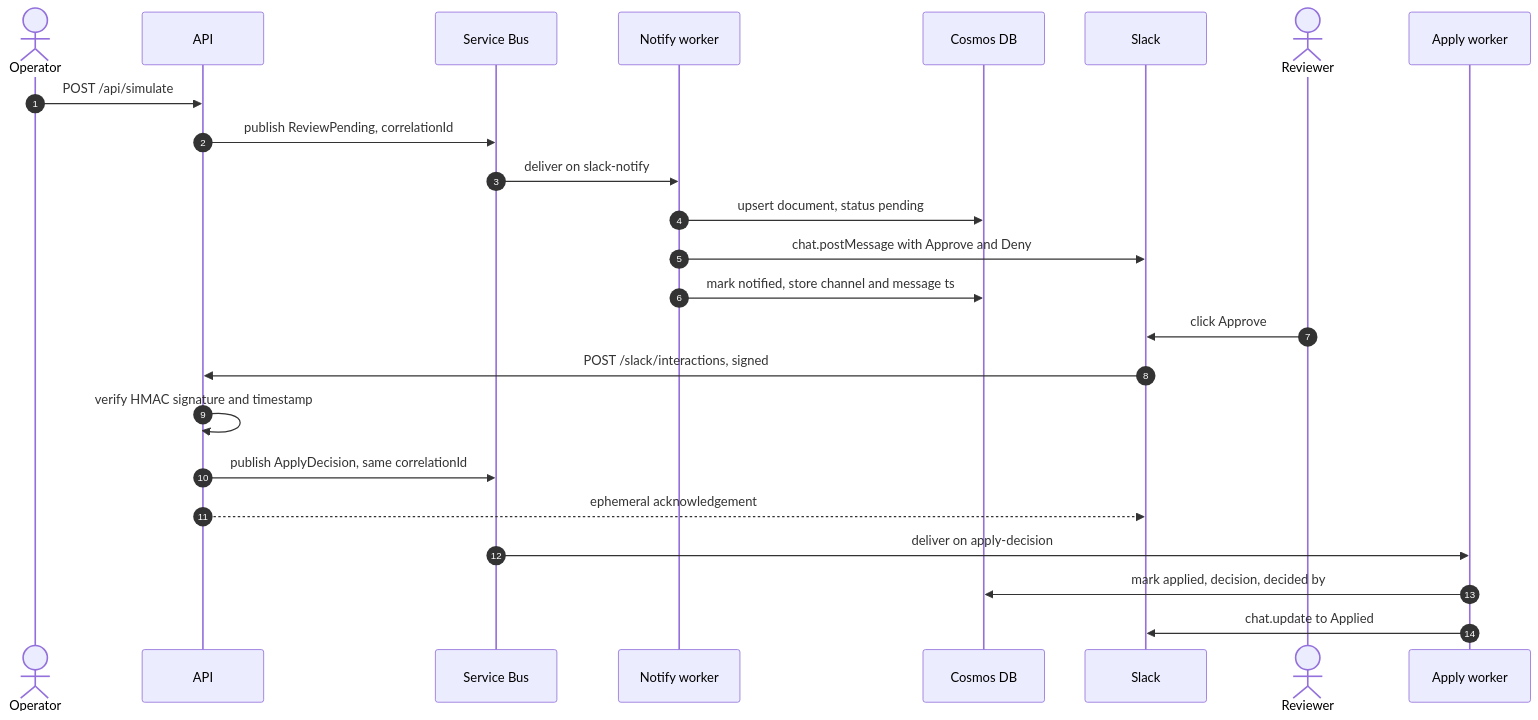
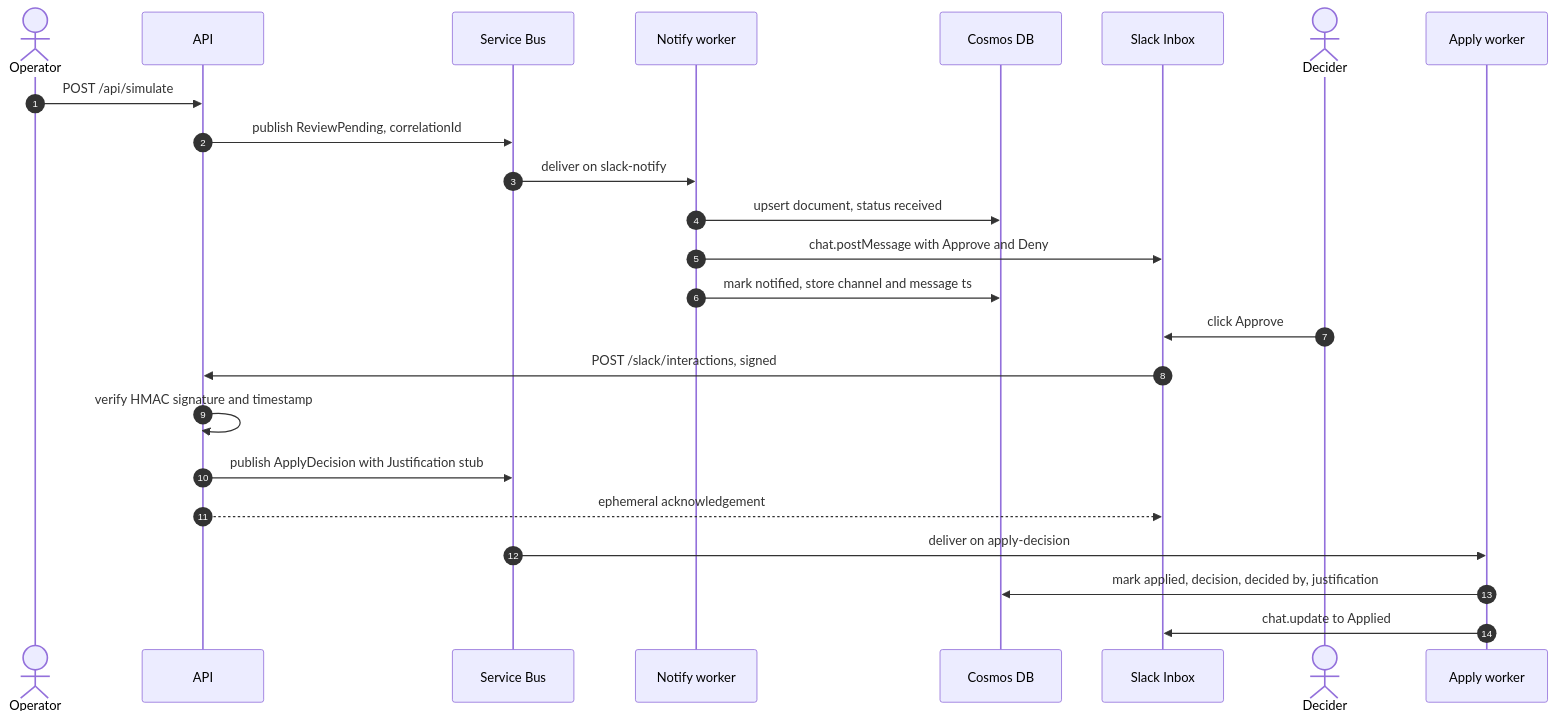
Before and after one commit to broberts23/vsCode: the second of 4 diagrams in project-access-reviews-autopilot/docs/blog.md, drawn with Mermaid. The commit also changed other lines of this file and 4 other files, not shown here.

````diff
--- a/project-access-reviews-autopilot/docs/blog.md
+++ b/project-access-reviews-autopilot/docs/blog.md
@@ -145,27 +148,27 @@
 ```mermaid
 sequenceDiagram
     autonumber
     actor Op as Operator
     participant API as API
     participant SB as Service Bus
     participant NW as Notify worker
     participant DB as Cosmos DB
-    participant SL as Slack
-    actor Rev as Reviewer
+    participant SL as Slack Inbox
+    actor Dec as Decider
     participant AW as Apply worker
 
     Op->>API: POST /api/simulate
     API->>SB: publish ReviewPending, correlationId
     SB->>NW: deliver on slack-notify
-    NW->>DB: upsert document, status pending
+    NW->>DB: upsert document, status received
     NW->>SL: chat.postMessage with Approve and Deny
     NW->>DB: mark notified, store channel and message ts
-    Rev->>SL: click Approve
+    Dec->>SL: click Approve
     SL->>API: POST /slack/interactions, signed
     API->>API: verify HMAC signature and timestamp
-    API->>SB: publish ApplyDecision, same correlationId
+    API->>SB: publish ApplyDecision with Justification stub
     API-->>SL: ephemeral acknowledgement
     SB->>AW: deliver on apply-decision
-    AW->>DB: mark applied, decision, decided by
+    AW->>DB: mark applied, decision, decided by, justification
     AW->>SL: chat.update to Applied
 ```
````
